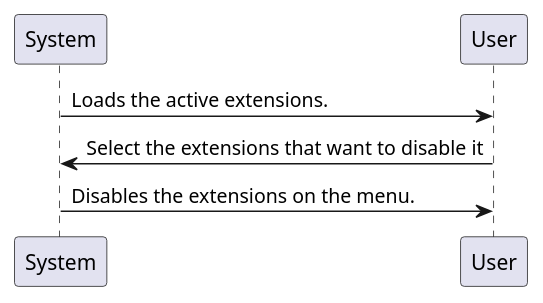
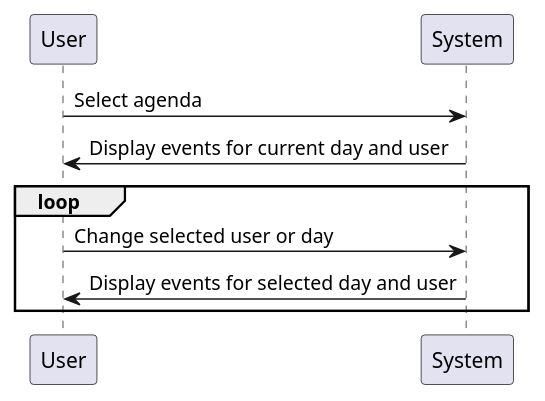
Before and after one commit to RubenTeixeira/cleansheets_isep_2dg_2016: the diagram in src/main/java/csheets/worklog/n1140280/sprint3/analysis_CRM_5_2.puml, drawn with PlantUML.

Commit message:
LPFOURDG-240 #resolve #time 2h #comment fixing commit a1b927d93083c0cd659998bb5e2fea40855698dc and was logged wrong to another issue

```diff
--- a/src/main/java/csheets/worklog/n1140280/sprint3/analysis_CRM_5_2.puml
+++ b/src/main/java/csheets/worklog/n1140280/sprint3/analysis_CRM_5_2.puml
@@ -1,5 +1,9 @@
-@startuml doc-files/core01_01_analyse.png
-System-> User : Loads the active extensions.
-User -> System: Select the extensions that want to disable it
-System-> User : Disables the extensions on the menu.
+@startuml doc-files/analysis_CRM_5_2.png
+
+User -> System: Select agenda
+System-> User : Display events for current day and user
+loop
+User -> System: Change selected user or day
+System-> User : Display events for selected day and user
+end
 @enduml
```
